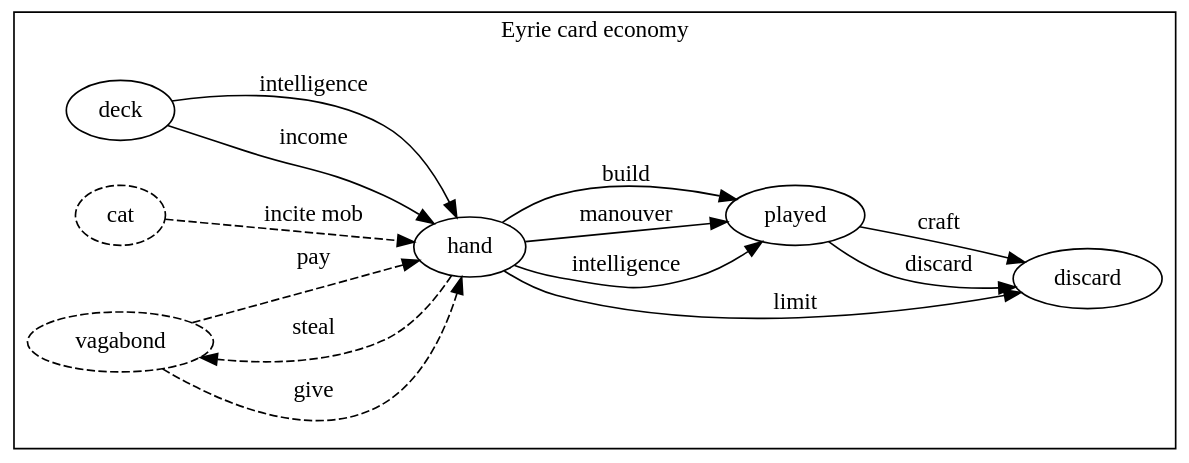
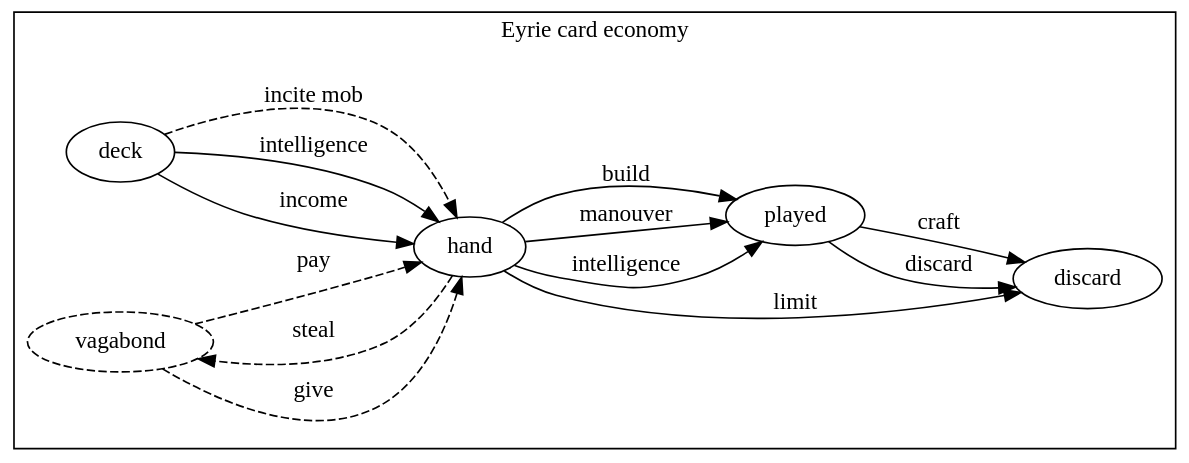
The diagram in diagrams/eyrie-cards.dot (krawaller/root), drawn with Graphviz before and after one commit. The commit also changed 5 other files, not shown here.

Commit message:
update diagrams

```diff
--- a/diagrams/eyrie-cards.dot
+++ b/diagrams/eyrie-cards.dot
@@ -1,31 +1,30 @@
 digraph {
   rankdir = LR;
   bgcolor = transparent;
 
   subgraph cluster_eyriecards {
 
     label = "Eyrie card economy"
 
 
     deck -> hand [label="income"]
     deck -> hand [label="intelligence"]
     hand -> discard [label="limit"]
 
     hand -> played [label="intelligence"]
     hand -> played [label="manouver"]
     hand -> played [label="build"]
 
     played -> discard [label="discard"]
     played -> discard [label="craft"]
 
-    cat [style=dashed]
-    cat -> hand [label="incite mob" style=dashed]
+    deck -> hand [label="incite mob" style=dashed]
 
     vagabond [style=dashed]
     vagabond -> hand [label="pay" style=dashed]
     vagabond -> hand [label="give" style=dashed]
     hand -> vagabond [label="steal" style=dashed]
 
-    {rank=same; deck, cat, vagabond}
+    {rank=same; deck, vagabond}
   }
 }
```
